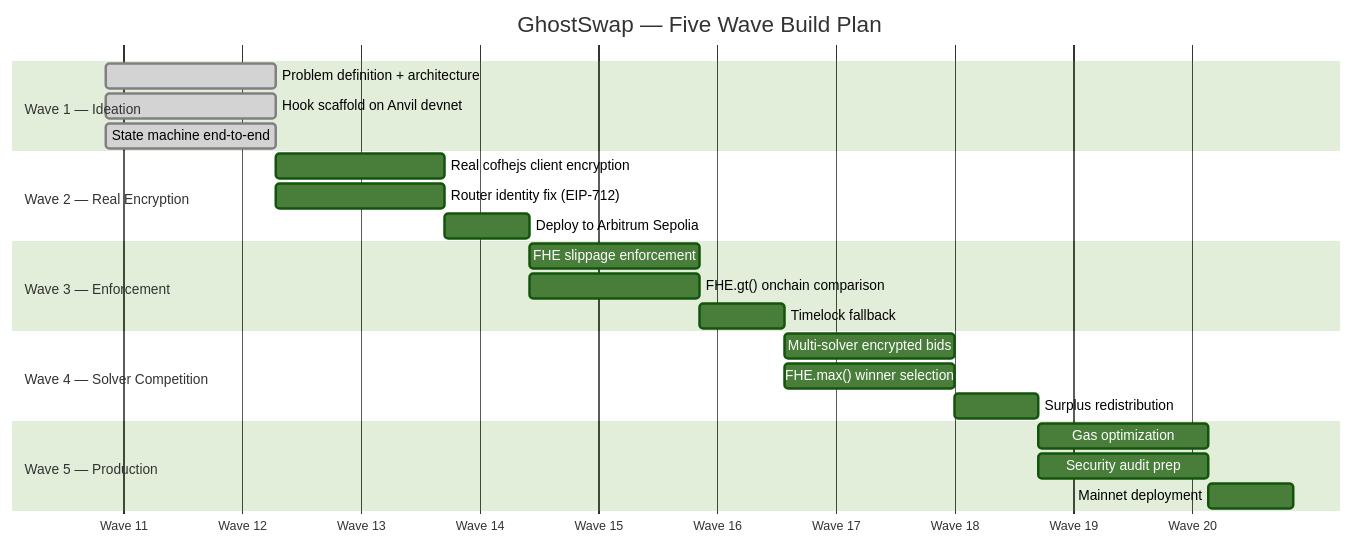
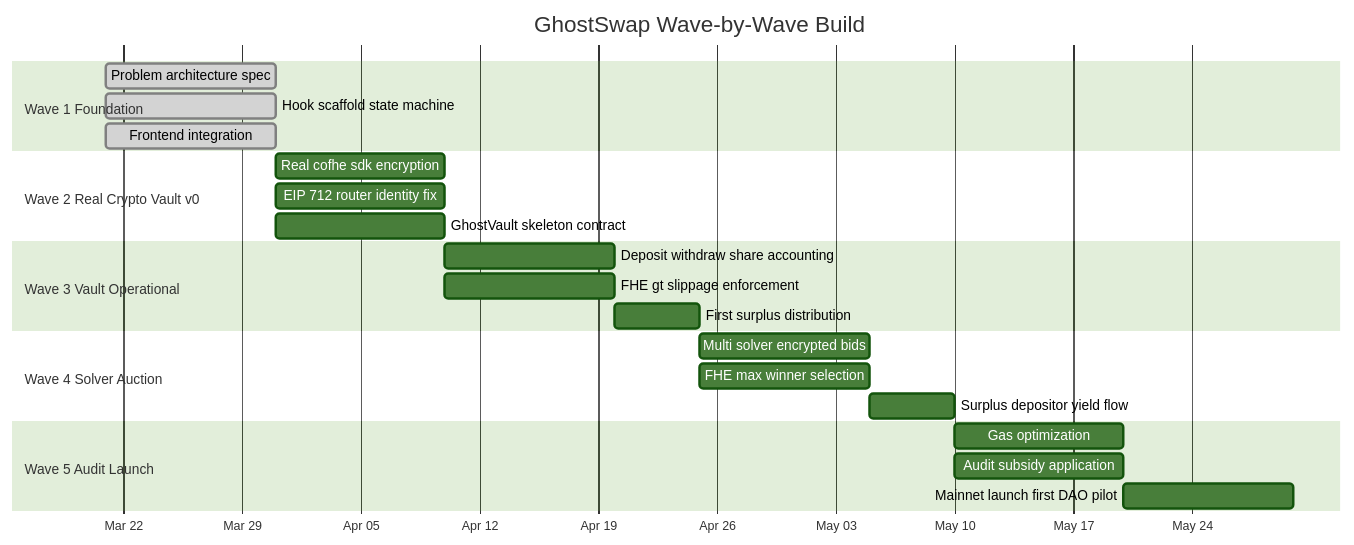
The fifth of 5 diagrams in README.md (anxbt/GhostSwap), drawn with Mermaid (forest theme) before and after one commit. The commit also changed other lines of this file and 28 other files, not shown here.

First line of the commit message:
feat: Implement GhostVault and associated periphery for ERC20 asset management

````diff
--- a/README.md
+++ b/README.md
@@ -299,31 +231,31 @@
 ```mermaid
 gantt
-    title GhostSwap — Five Wave Build Plan
-    dateFormat  YYYY-MM-DD
-    axisFormat  Wave %W
+    title GhostSwap Wave-by-Wave Build
+    dateFormat YYYY-MM-DD
+    axisFormat %b %d
 
-    section Wave 1 — Ideation
-    Problem definition + architecture     :done, w1a, 2026-03-21, 10d
-    Hook scaffold on Anvil devnet         :done, w1b, 2026-03-21, 10d
-    State machine end-to-end             :done, w1c, 2026-03-21, 10d
+    section Wave 1 Foundation
+    Problem architecture spec       :done, w1a, 2026-03-21, 10d
+    Hook scaffold state machine     :done, w1b, 2026-03-21, 10d
+    Frontend integration            :done, w1c, 2026-03-21, 10d
 
-    section Wave 2 — Real Encryption
-    Real cofhejs client encryption        :w2a, after w1c, 10d
-    Router identity fix (EIP-712)         :w2b, after w1c, 10d
-    Deploy to Arbitrum Sepolia            :w2c, after w2a, 5d
+    section Wave 2 Real Crypto Vault v0
+    Real cofhe sdk encryption       :w2a, after w1c, 10d
+    EIP 712 router identity fix     :w2b, after w1c, 10d
+    GhostVault skeleton contract    :w2c, after w1c, 10d
 
-    section Wave 3 — Enforcement
-    FHE slippage enforcement              :w3a, after w2c, 10d
-    FHE.gt() onchain comparison           :w3b, after w2c, 10d
-    Timelock fallback                     :w3c, after w3a, 5d
+    section Wave 3 Vault Operational
+    Deposit withdraw share accounting :w3a, after w2c, 10d
+    FHE gt slippage enforcement       :w3b, after w2c, 10d
+    First surplus distribution        :w3c, after w3a, 5d
 
-    section Wave 4 — Solver Competition
-    Multi-solver encrypted bids           :w4a, after w3c, 10d
-    FHE.max() winner selection            :w4b, after w3c, 10d
-    Surplus redistribution                :w4c, after w4a, 5d
+    section Wave 4 Solver Auction
+    Multi solver encrypted bids     :w4a, after w3c, 10d
+    FHE max winner selection        :w4b, after w3c, 10d
+    Surplus depositor yield flow    :w4c, after w4a, 5d
 
-    section Wave 5 — Production
-    Gas optimization                      :w5a, after w4c, 10d
-    Security audit prep                   :w5b, after w4c, 10d
-    Mainnet deployment                    :w5c, after w5a, 5d
+    section Wave 5 Audit Launch
+    Gas optimization                :w5a, after w4c, 10d
+    Audit subsidy application       :w5b, after w4c, 10d
+    Mainnet launch first DAO pilot  :w5c, after w5a, 10d
 ```
````
